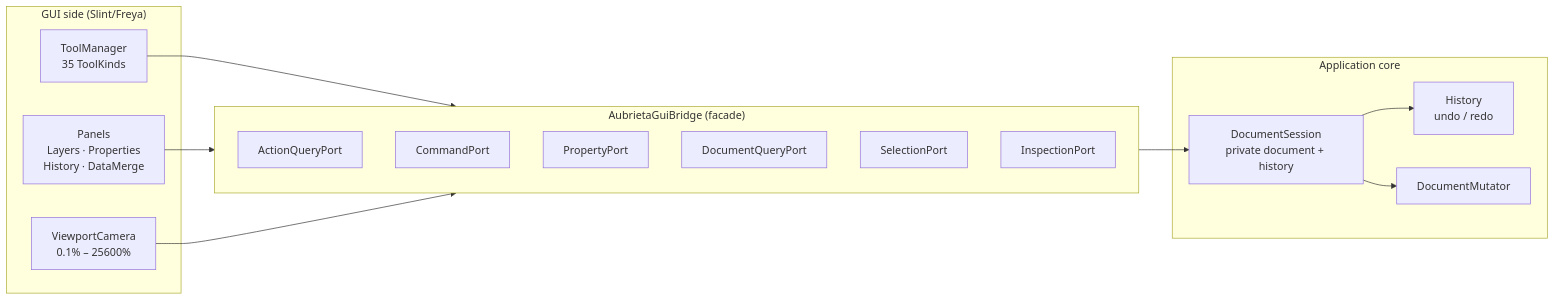
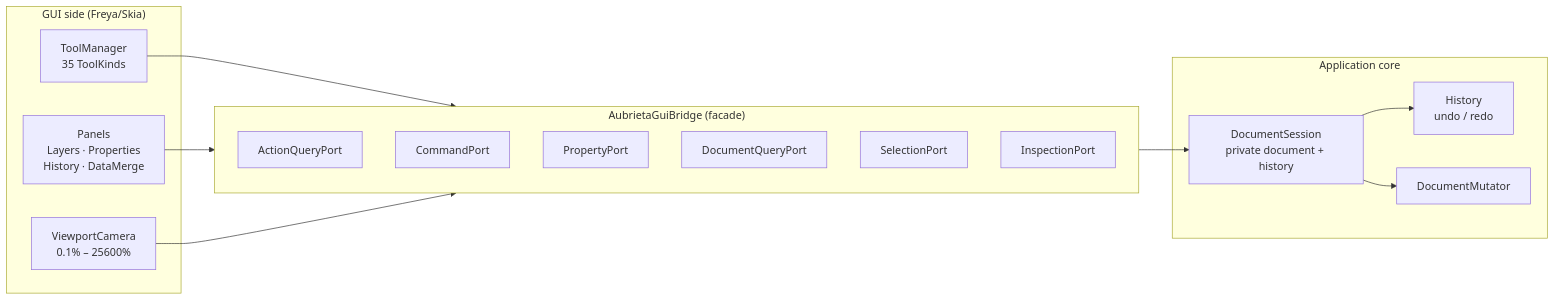
The third of 3 diagrams in docs/developers/architecture.md (raillen/petunia-design-studio), drawn with Mermaid before and after one commit. The commit also changed other lines of this file and 102 other files, not shown here.

````diff
--- a/docs/developers/architecture.md
+++ b/docs/developers/architecture.md
@@ -37,27 +39,27 @@
 ```mermaid
 flowchart LR
-  subgraph GUI ["GUI side (Slint/Freya)"]
+  subgraph GUI ["GUI side (Freya/Skia)"]
     VW[ViewportCamera<br/>0.1% – 25600%]
     PAN[Panels<br/>Layers · Properties<br/>History · DataMerge]
     TM[ToolManager<br/>35 ToolKinds]
   end
   subgraph BRIDGE ["AubrietaGuiBridge (facade)"]
     AQ[ActionQueryPort]
     CP[CommandPort]
     PP[PropertyPort]
     DQ[DocumentQueryPort]
     SP[SelectionPort]
     IP[InspectionPort]
   end
   subgraph CORE2 ["Application core"]
     SES[DocumentSession<br/>private document + history]
     HIST[History<br/>undo / redo]
     MUT[DocumentMutator]
   end
   TM --> BRIDGE
   PAN --> BRIDGE
   VW --> BRIDGE
   BRIDGE --> SES
   SES --> HIST
   SES --> MUT
 ```
````
